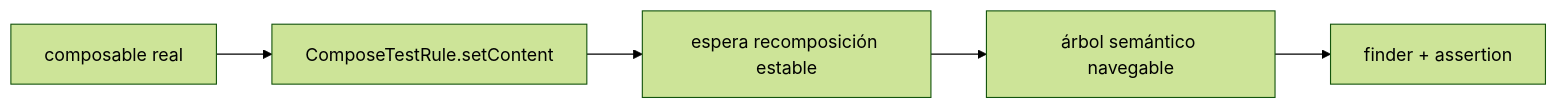
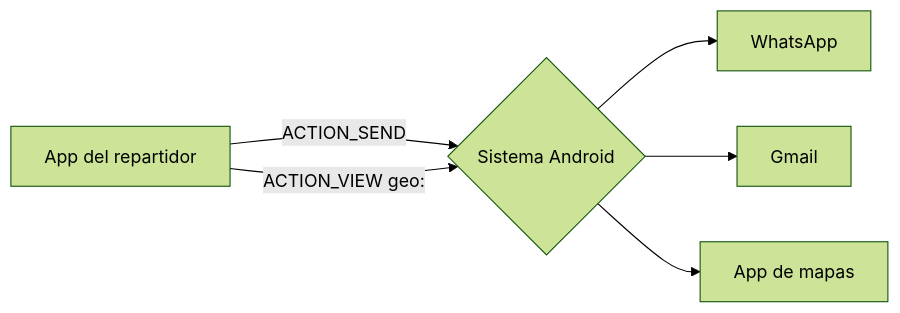
Before and after one commit to NICORUIZ93/The_Imperial_Book: the first of 22 diagrams in web/public/content/android/modulo-14.md, drawn with Mermaid (forest theme). The commit also changed other lines of this file and 305 other files, not shown here.

````diff
--- a/web/public/content/android/modulo-14.md
+++ b/web/public/content/android/modulo-14.md
@@ -15,7 +24,8 @@
 ```mermaid
 flowchart LR
-  A[composable real] --> B[ComposeTestRule.setContent]
-  B --> C[espera recomposición estable]
-  C --> D[árbol semántico navegable]
-  D --> E[finder + assertion]
+    A[App del repartidor] -- ACTION_SEND --> S{Sistema Android}
+    S --> W[WhatsApp]
+    S --> G[Gmail]
+    A -- ACTION_VIEW geo: --> S
+    S --> M[App de mapas]
 ```
````
